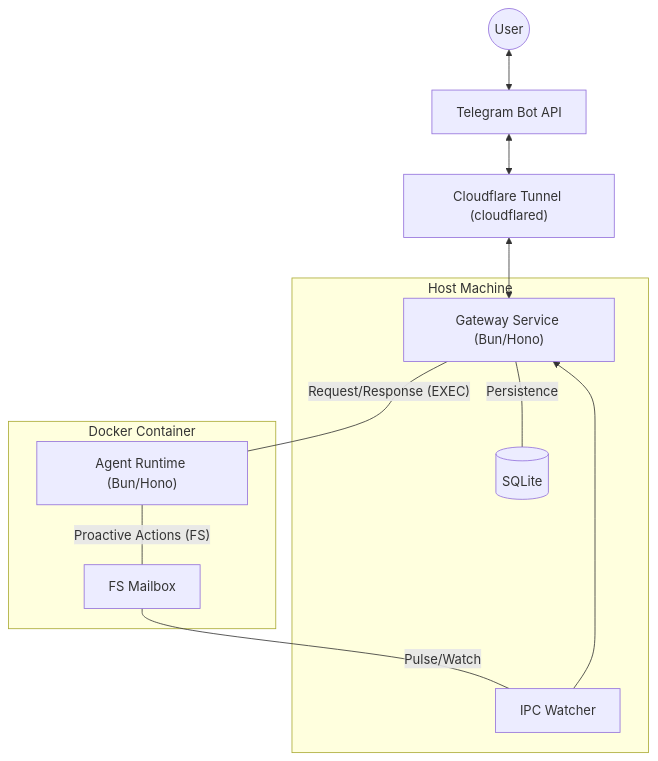
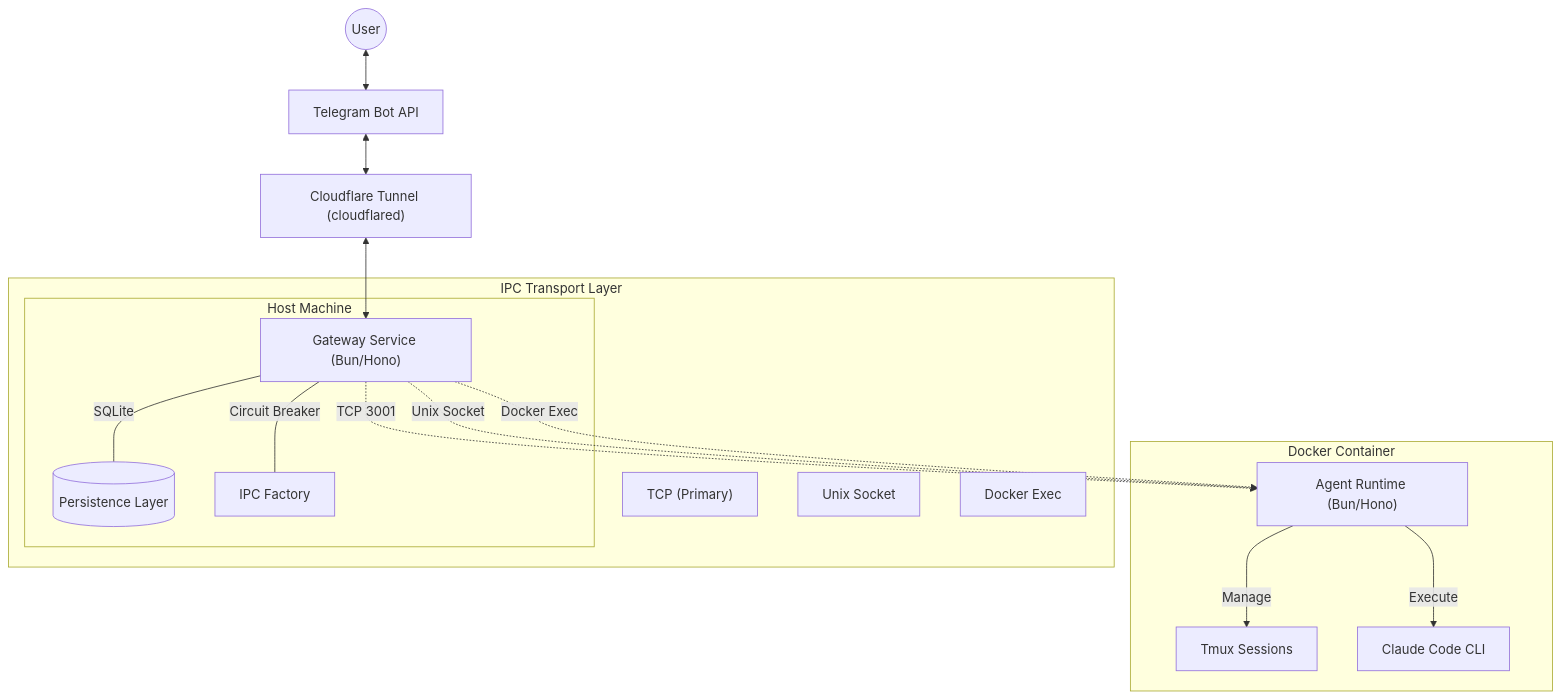
One commit to robinmin/cc-bridge changed the first of 4 diagrams in docs/ARCHITECTURE_SPEC.md. Above: the diagram before and after it, drawn with Mermaid. The commit also changed other lines of this file and 2 other files, not shown here.

Commit message:
feat(all): adjust the architecture to adapt with multiple ipc protocal

````diff
--- a/docs/ARCHITECTURE_SPEC.md
+++ b/docs/ARCHITECTURE_SPEC.md
@@ -13,24 +25,34 @@
 ```mermaid
 graph TD
     User((User)) <--> Telegram["Telegram Bot API"]
     Telegram <--> CF["Cloudflare Tunnel (cloudflared)"]
     CF <--> Gateway["Gateway Service (Bun/Hono)"]
-    
-    Gateway ---|Persistence| DB[("SQLite")]
-    
+
+    Gateway ---|SQLite| DB[("Persistence Layer")]
+    Gateway ---|Circuit Breaker| IPC["IPC Factory"]
+
     subgraph Host["Host Machine"]
         Gateway
         DB
-        Watcher["IPC Watcher"]
+        IPC
     end
 
     subgraph Container["Docker Container"]
         Agent["Agent Runtime (Bun/Hono)"]
-        Mailbox["FS Mailbox"]
+        Tmux["Tmux Sessions"]
+        Claude["Claude Code CLI"]
     end
 
-    Gateway ---|"Request/Response (EXEC)"| Agent
-    Agent ---|"Proactive Actions (FS)"| Mailbox
-    Mailbox ---|"Pulse/Watch"| Watcher
-    Watcher --> Gateway
+    subgraph IPC_Methods["IPC Transport Layer"]
+        TCP["TCP (Primary)"]
+        Unix["Unix Socket"]
+        Exec["Docker Exec"]
+        Host["Host Mode"]
+    end
+
+    Gateway -.->|TCP 3001| Agent
+    Gateway -.->|Unix Socket| Agent
+    Gateway -.->|Docker Exec| Agent
+    Agent -->|Execute| Claude
+    Agent -->|Manage| Tmux
 ```
````
